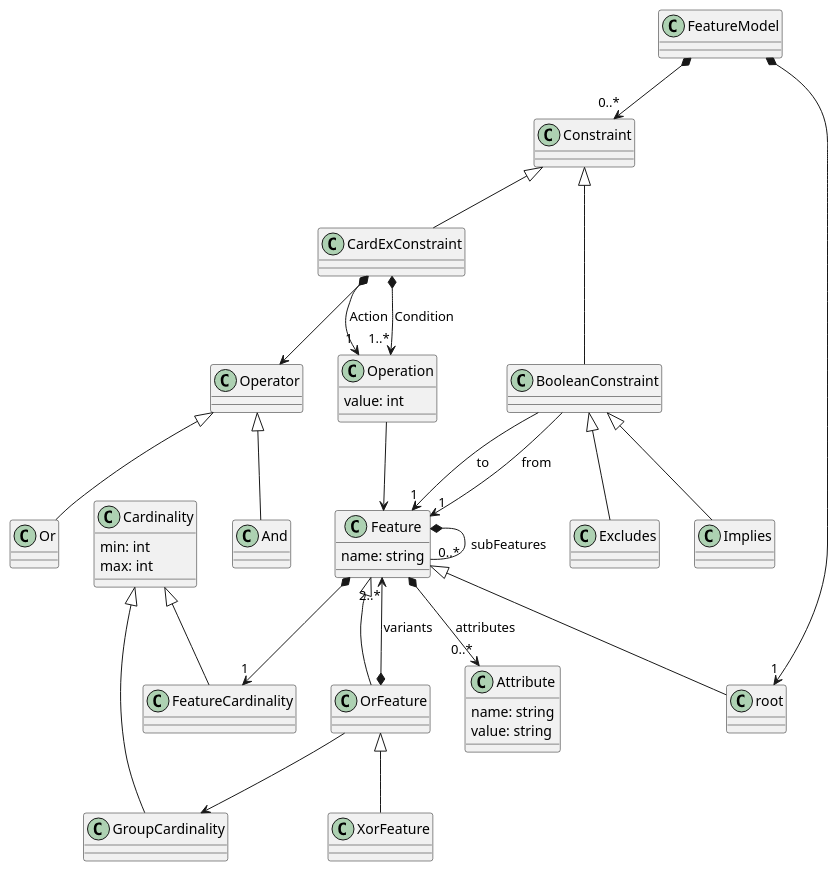
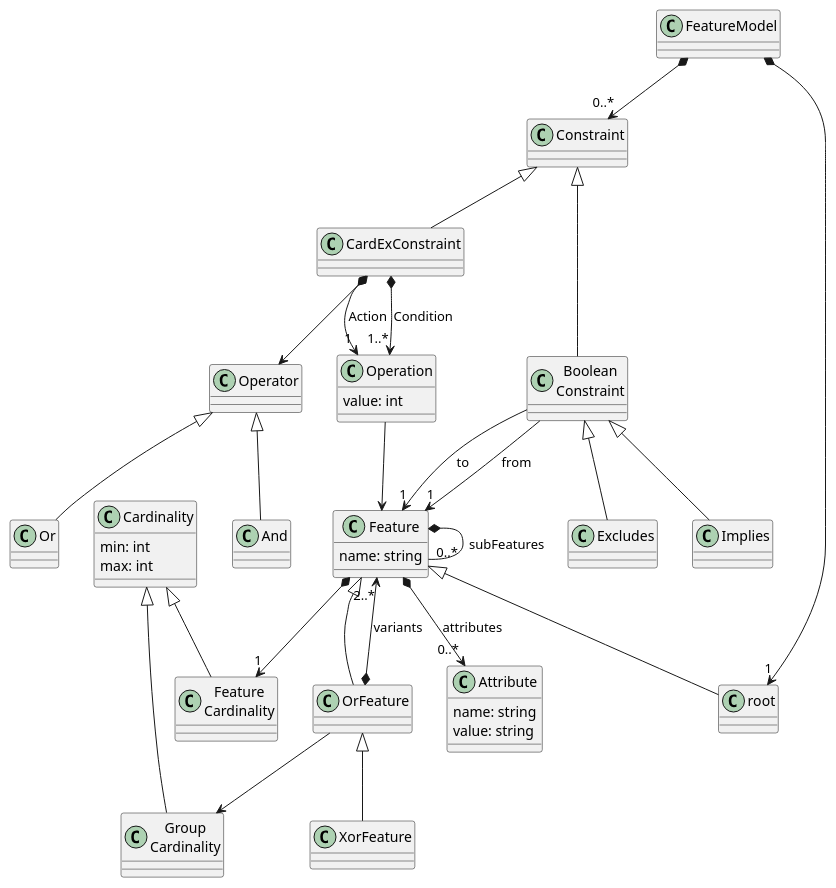
The diagram in SFEA/metamodel.puml (qunnn41/SFEA), drawn with PlantUML before and after one commit. The commit also changed 1 other file, not shown here.

```diff
--- a/SFEA/metamodel.puml
+++ b/SFEA/metamodel.puml
@@ -1,54 +1,54 @@
 @startuml
 
 FeatureModel *--> "1" root
 
 Feature <|-- root
 Feature *-- "0..*" Feature : subFeatures
 
 class Feature {
 name: string
 }
 
 Feature <|-- OrFeature
 OrFeature <|-- XorFeature
 
 class Cardinality {
 min: int
 max: int
 }
 
-Cardinality <|-- GroupCardinality
-Cardinality <|-- FeatureCardinality
+Cardinality <|-- Group\nCardinality
+Cardinality <|-- Feature\nCardinality
 
 class Attribute {
 name: string
 value: string
 }
 
 Feature *--> "0..*" Attribute: attributes
-Feature *--> "1" FeatureCardinality
+Feature *--> "1" Feature\nCardinality
 OrFeature *--> "2..*" Feature : variants
-OrFeature --> GroupCardinality
+OrFeature --> Group\nCardinality
 
 FeatureModel *--> "0..*" Constraint
 
-Constraint <|-- BooleanConstraint
-BooleanConstraint --> "1" Feature : from
-BooleanConstraint --> "1" Feature : to
-BooleanConstraint <|-- Implies
-BooleanConstraint <|-- Excludes
+Constraint <|-- Boolean\nConstraint
+Boolean\nConstraint --> "1" Feature : from
+Boolean\nConstraint --> "1" Feature : to
+Boolean\nConstraint <|-- Implies
+Boolean\nConstraint <|-- Excludes
 Constraint <|-- CardExConstraint
 
 CardExConstraint *--> "1" Operation : Action
 CardExConstraint *--> "1..*" Operation : Condition
 
 class Operation {
 value: int
 }
 
 CardExConstraint *--> Operator
 Operator <|-- And
 Operator <|-- Or
 Operation --> Feature
 
 @enduml
```
